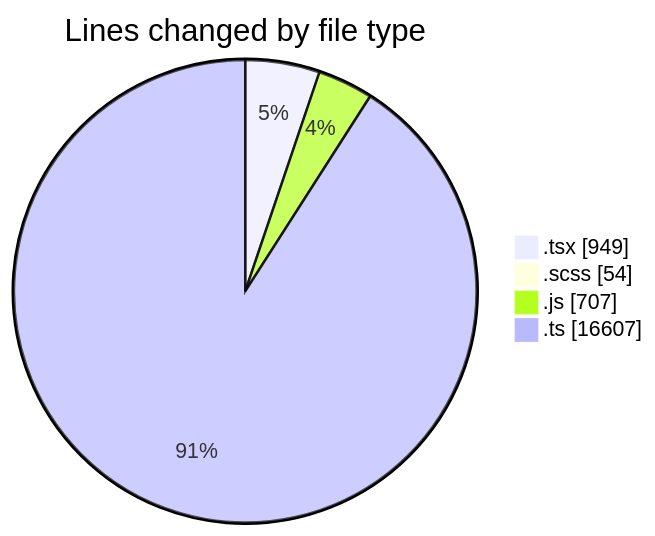
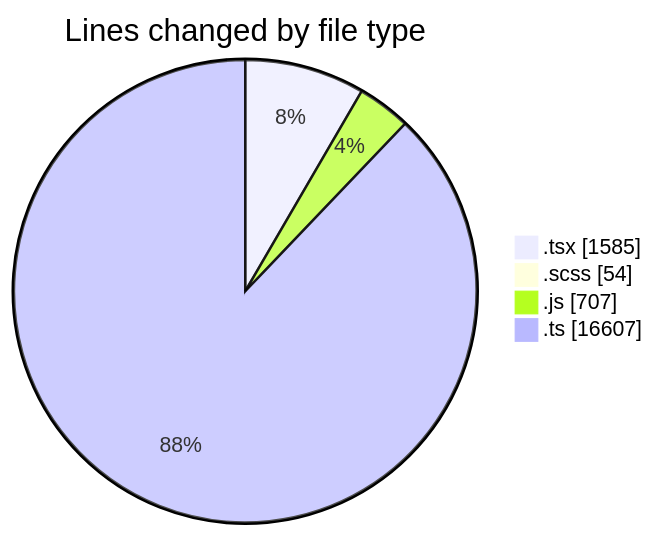
The first of 2 diagrams in 2026-07-21/cda/README.md (momahboobian/code-tracking), drawn with Mermaid before and after one commit. The commit also changed other lines of this file and 1 other file, not shown here.

````diff
--- a/2026-07-21/cda/README.md
+++ b/2026-07-21/cda/README.md
@@ -36,8 +36,8 @@
 ```mermaid
 pie showData
 title Lines changed by file type
-".tsx" : 949
+".tsx" : 1585
 ".scss" : 54
 ".js" : 707
 ".ts" : 16607
 ```
````
